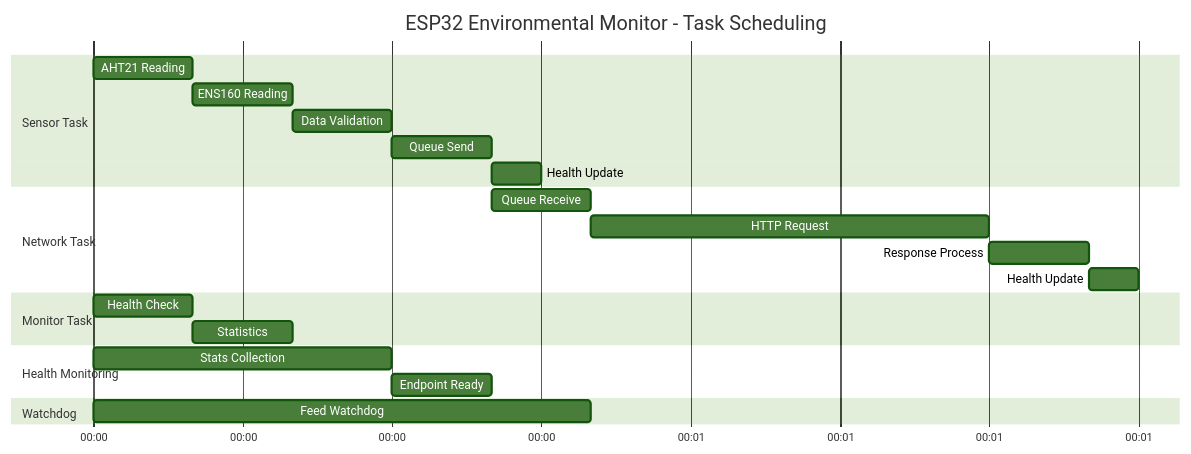
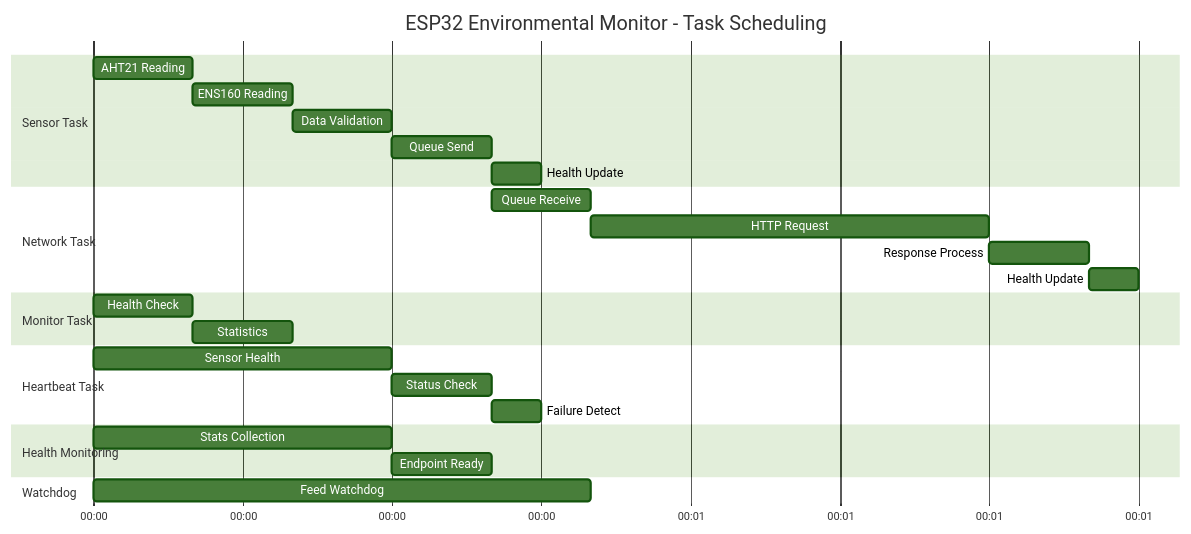
Before and after one commit to TimWeber/ESP32-Environmental-Monitor: the third of 4 diagrams in README.md, drawn with Mermaid (forest theme). The commit also changed other lines of this file, not shown here.

````diff
--- a/README.md
+++ b/README.md
@@ -129,30 +137,35 @@
 ```mermaid
 gantt
     title ESP32 Environmental Monitor - Task Scheduling
     dateFormat  YYYY-MM-DD
     axisFormat %H:%M
     
     section Sensor Task
     AHT21 Reading    :aht21, 2024-01-01, 10s
     ENS160 Reading   :ens160, after aht21, 10s
     Data Validation  :validation, after ens160, 10s
     Queue Send       :queue, after validation, 10s
     Health Update    :health, after queue, 5s
     
     section Network Task
     Queue Receive    :receive, after queue, 10s
     HTTP Request     :http, after receive, 40s
     Response Process :response, after http, 10s
     Health Update    :health_net, after response, 5s
     
     section Monitor Task
     Health Check     :health, 2024-01-01, 10s
     Statistics       :stats, after health, 10s
     
+    section Heartbeat Task
+    Sensor Health    :heartbeat, 2024-01-01, 30s
+    Status Check     :status, after heartbeat, 10s
+    Failure Detect   :failure, after status, 5s
+    
     section Health Monitoring
     Stats Collection :stats_collect, 2024-01-01, 30s
     Endpoint Ready   :endpoint, after stats_collect, 10s
     
     section Watchdog
     Feed Watchdog    :watchdog, 2024-01-01, 50s
 ```
````
